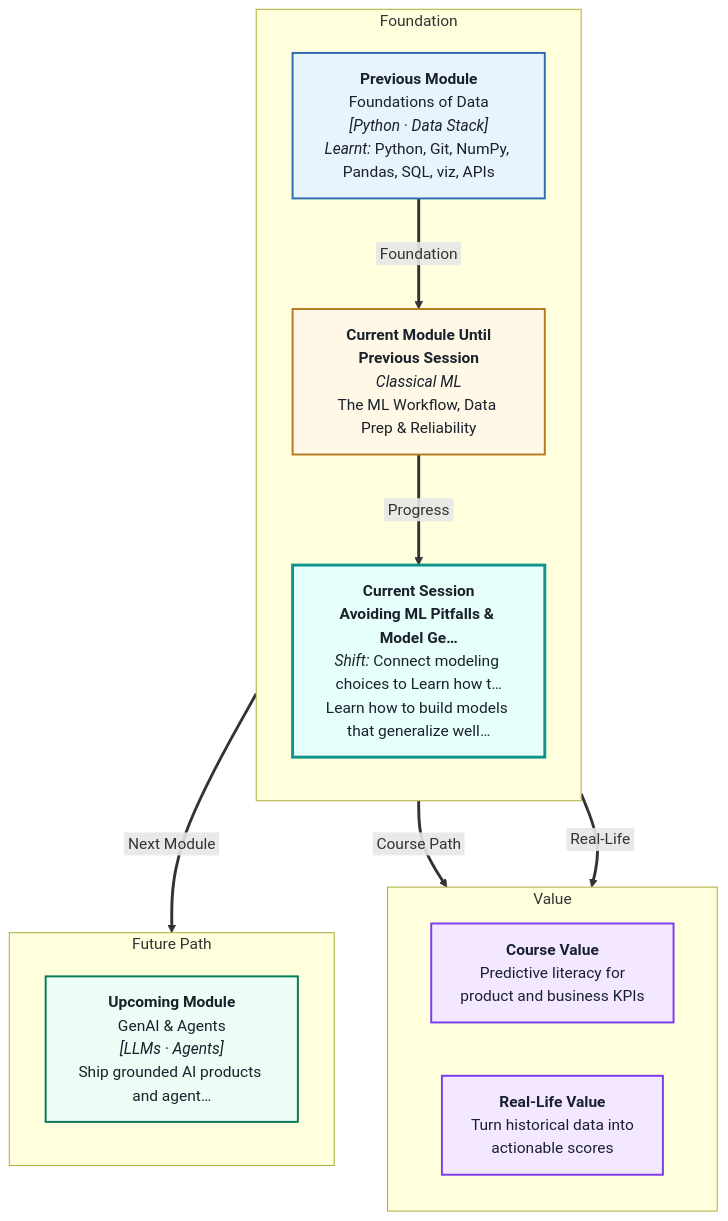
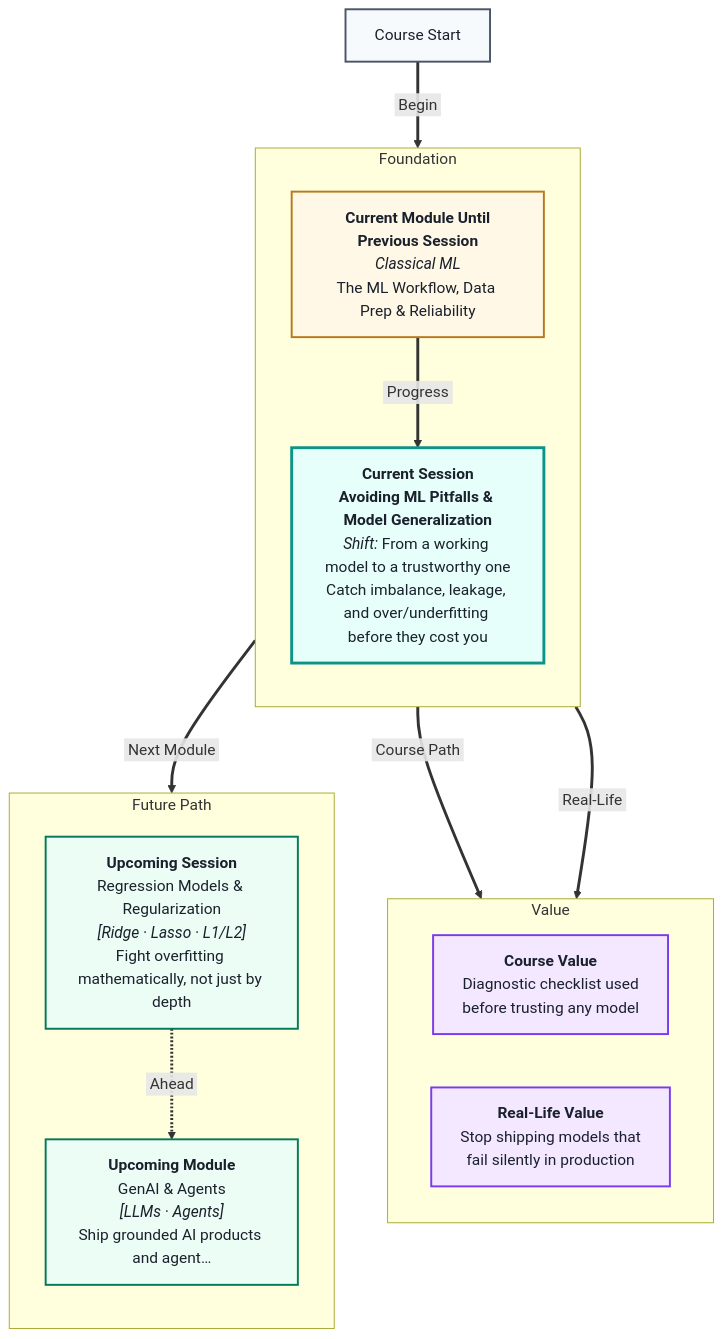
The diagram in IITP_AIML_Regional/IITP-AIMLTN-2605/Module 2- Classical ML/Session 2- Avoiding ML Pitfalls & Model Generalization/mental Map: Avoiding ML Pitfalls & Model Generalization.md (ritzrmx/Masai_Curriculum), drawn with Mermaid before and after one commit. The commit also changed 47 other files, not shown here.

````diff
--- a/IITP_AIML_Regional/IITP-AIMLTN-2605/Module 2- Classical ML/Session 2- Avoiding ML Pitfalls & Model Generalization/mental Map: Avoiding ML Pitfalls & Model Generalization.md
+++ b/IITP_AIML_Regional/IITP-AIMLTN-2605/Module 2- Classical ML/Session 2- Avoiding ML Pitfalls & Model Generalization/mental Map: Avoiding ML Pitfalls & Model Generalization.md
@@ -1,41 +1,42 @@
 ```mermaid
 %%{init: {'flowchart': {'nodeSpacing': 55, 'rankSpacing': 65, 'diagramPadding': 24}}}%%
 flowchart TB
 linkStyle default stroke-width:3px
 
 subgraph foundation[" Foundation "]
 direction TB
-    P0["<b>Previous Module</b><br/>Foundations of Data<br/><i>[Python · Data Stack]</i><br/><i>Learnt:</i> Python, Git, NumPy, Pandas, SQL, viz, APIs"]
     CURMOD["<b>Current Module Until<br/>Previous Session</b><br/><i>Classical ML</i><br/>The ML Workflow, Data Prep & Reliability"]
-    CURSES["<b>Current Session</b><br/><b>Avoiding ML Pitfalls & Model Ge…</b><br/><i>Shift:</i> Connect modeling choices to Learn how t…<br/>Learn how to build models that generalize well…"]
+    CURSES["<b>Current Session</b><br/><b>Avoiding ML Pitfalls & Model Generalization</b><br/><i>Shift:</i> From a working model to a trustworthy one<br/>Catch imbalance, leakage, and over/underfitting before they cost you"]
 end
 
 subgraph value[" Value "]
 direction LR
-    CVAL["<b>Course Value</b><br/>Predictive literacy for<br/>product and business KPIs"]
-    RVAL["<b>Real-Life Value</b><br/>Turn historical data into<br/>actionable scores"]
+    CVAL["<b>Course Value</b><br/>Diagnostic checklist used<br/>before trusting any model"]
+    RVAL["<b>Real-Life Value</b><br/>Stop shipping models that<br/>fail silently in production"]
 end
 
 subgraph future[" Future Path "]
 direction TB
-    U0["<b>Upcoming Module</b><br/>GenAI & Agents<br/><i>[LLMs · Agents]</i><br/>Ship grounded AI products and agent…"]
+    U0["<b>Upcoming Session</b><br/>Regression Models & Regularization<br/><i>[Ridge · Lasso · L1/L2]</i><br/>Fight overfitting mathematically, not just by depth"]
+    U1["<b>Upcoming Module</b><br/>GenAI & Agents<br/><i>[LLMs · Agents]</i><br/>Ship grounded AI products and agent…"]
 end
 
-P0 ==>|&nbsp;Foundation&nbsp;| CURMOD
+START["Course Start"] ==>|&nbsp;Begin&nbsp;| CURMOD
 CURMOD ==>|&nbsp;Progress&nbsp;| CURSES
 CURSES ==>|&nbsp;Course Path&nbsp;| CVAL
 CURSES ==>|&nbsp;Real-Life&nbsp;| RVAL
 CURSES ==>|&nbsp;Next Module&nbsp;| U0
+U0 -.->|&nbsp;Ahead&nbsp;| U1
 
 classDef prevBox fill:#E8F4FC,stroke:#2B6CB0,stroke-width:2px,color:#1A202C
 classDef curModBox fill:#FFF8E6,stroke:#B7791F,stroke-width:2px,color:#1A202C
 classDef curSessBox fill:#E6FFFA,stroke:#0D9488,stroke-width:3px,color:#1A202C
 classDef valueBox fill:#F3E8FF,stroke:#7C3AED,stroke-width:2px,color:#1A202C
 classDef futureBox fill:#ECFDF5,stroke:#047857,stroke-width:2px,color:#1A202C
 classDef startBox fill:#F7FAFC,stroke:#4A5568,stroke-width:2px,color:#1A202C
-class P0 prevBox
+class START startBox
 class CURMOD curModBox
 class CURSES curSessBox
 class CVAL,RVAL valueBox
-class U0 futureBox
+class U0,U1 futureBox
 ```
````
